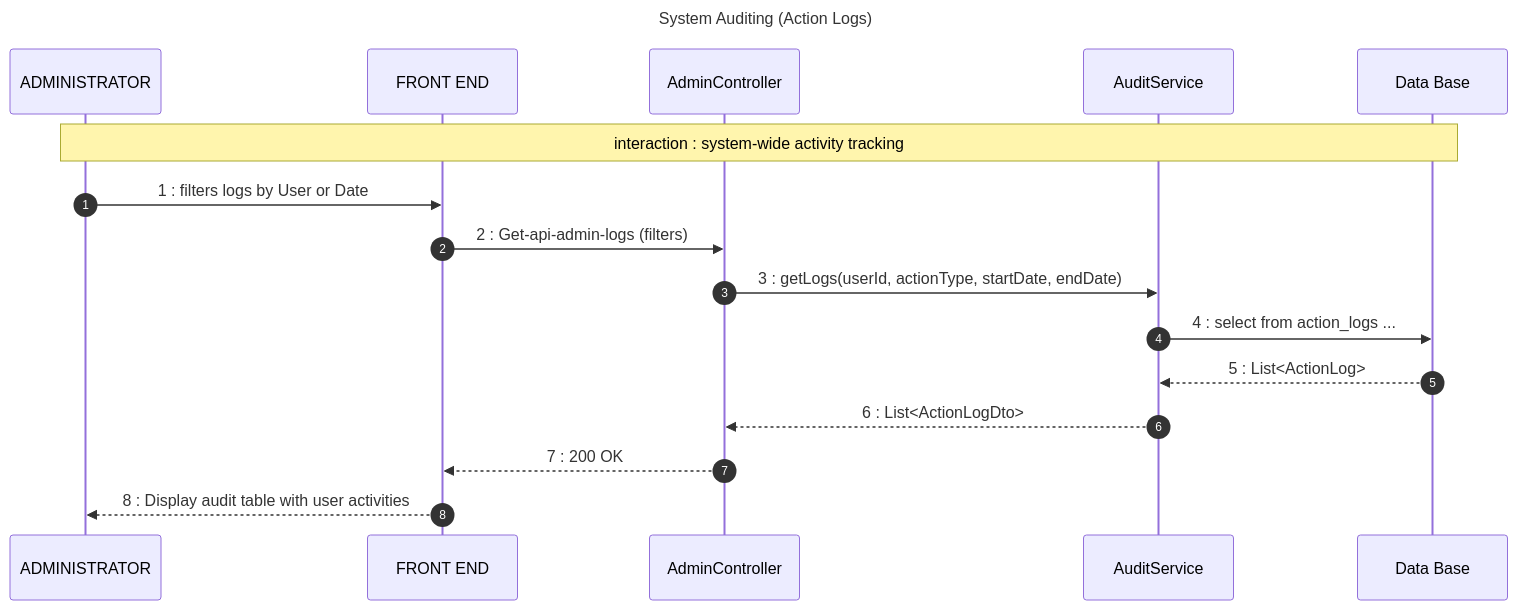
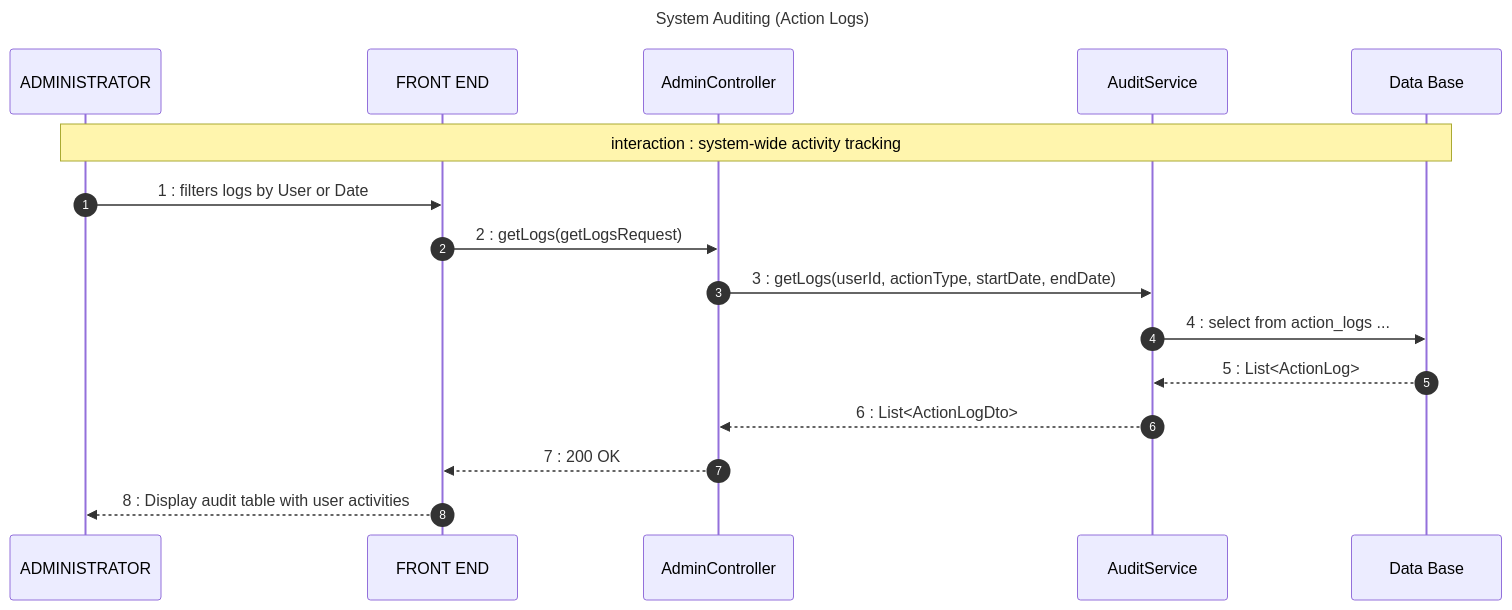
The second of 3 diagrams in uml_diagrams/admin_management_sequence.md (chbichibsofiene/inspector), drawn with Mermaid before and after one commit. The commit also changed other lines of this file and 41 other files, not shown here.

Commit message:
feat: Sprint 4 - Communication & Analytics | updated UML diagrams, class diagrams (StarUML), Messenger service fixes, Docker configs, and documentation

````diff
--- a/uml_diagrams/admin_management_sequence.md
+++ b/uml_diagrams/admin_management_sequence.md
@@ -29,21 +29,21 @@
 ```mermaid
 sequenceDiagram
     title: System Auditing (Action Logs)
     autonumber
     participant ADMIN as ADMINISTRATOR
     participant FE as FRONT END
     participant AC as AdminController
     participant AUD as AuditService
     participant DB as Data Base
 
     Note over ADMIN, DB: interaction : system-wide activity tracking
 
     ADMIN->>FE: 1 : filters logs by User or Date
-    FE->>AC: 2 : Get-api-admin-logs (filters)
+    FE->>AC: 2 : getLogs(getLogsRequest)
     AC->>AUD: 3 : getLogs(userId, actionType, startDate, endDate)
     AUD->>DB: 4 : select from action_logs ...
     DB-->>AUD: 5 : List<ActionLog>
     AUD-->>AC: 6 : List<ActionLogDto>
     AC-->>FE: 7 : 200 OK
     FE-->>ADMIN: 8 : Display audit table with user activities
 ```
````
